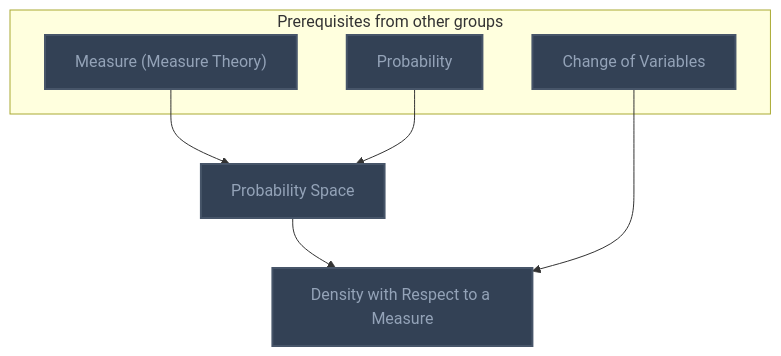
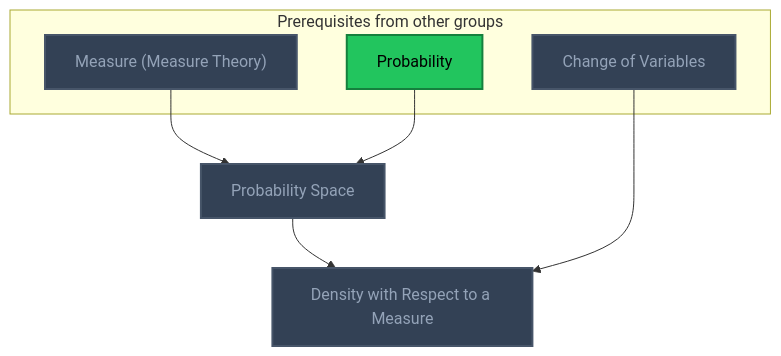
One commit to MRauf1/My-Notes changed diagram 13 of 13 in Gamification/Skill Trees/Measure Theory.md. Above: the diagram before and after it, drawn with Mermaid. The commit also changed other lines of this file and 42 other files, not shown here.

````diff
--- a/Gamification/Skill Trees/Measure Theory.md
+++ b/Gamification/Skill Trees/Measure Theory.md
@@ -481,25 +482,26 @@
 ```mermaid
 flowchart TD
     classDef planned fill:#1E293B,stroke:#64748B,stroke-width:2px,stroke-dasharray:5 5,color:#94A3B8;
     classDef locked fill:#334155,stroke:#475569,stroke-width:2px,color:#94A3B8;
     classDef L0 fill:#F1F5F9,stroke:#94A3B8,stroke-width:2px,color:#000000;
     classDef L1 fill:#22C55E,stroke:#15803D,stroke-width:2px,color:#000000;
     classDef L2 fill:#3B82F6,stroke:#1D4ED8,stroke-width:3px,color:#FFFFFF;
     classDef L3 fill:#A855F7,stroke:#6B21A8,stroke-width:3px,color:#FFFFFF,font-weight:bold;
     classDef L4 fill:#F97316,stroke:#C2410C,stroke-width:4px,color:#000000,font-weight:bold;
     classDef L5 fill:#FFD700,stroke:#FF8C00,stroke-width:5px,color:#000000,font-weight:bold;
     classDef rusty stroke:#8B4513,stroke-width:4px,stroke-dasharray:3 3;
     subgraph sg_prereqs["Prerequisites from other groups"]
         n_measure_measure_theory["Measure (Measure Theory)"]
         n_probability["Probability"]
         n_change_of_variables["Change of Variables"]
     end
     n_probability_space["Probability Space"]
     n_density_with_respect_to_a_measure["Density with Respect to a Measure"]
     n_measure_measure_theory --> n_probability_space
     n_probability --> n_probability_space
     n_probability_space --> n_density_with_respect_to_a_measure
     n_change_of_variables --> n_density_with_respect_to_a_measure
-    class n_measure_measure_theory,n_probability,n_change_of_variables,n_probability_space,n_density_with_respect_to_a_measure locked;
+    class n_measure_measure_theory,n_change_of_variables,n_probability_space,n_density_with_respect_to_a_measure locked;
+    class n_probability L1;
     class n_measure_measure_theory,n_probability,n_change_of_variables,n_probability_space,n_density_with_respect_to_a_measure internal-link;
 ```
````
